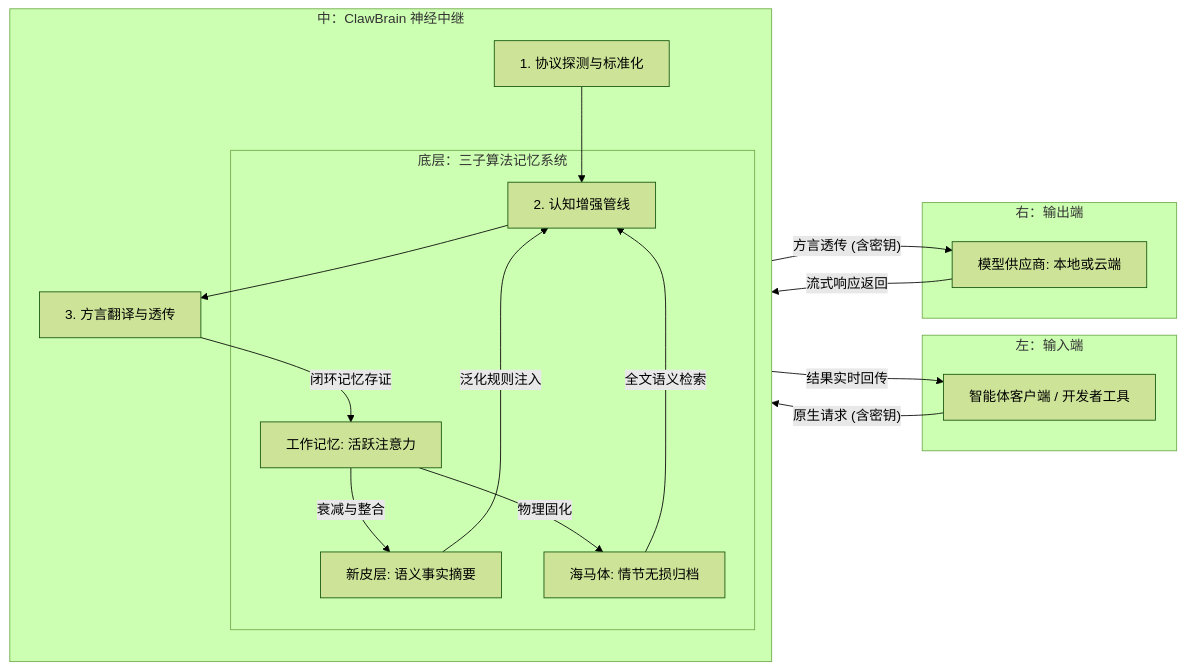
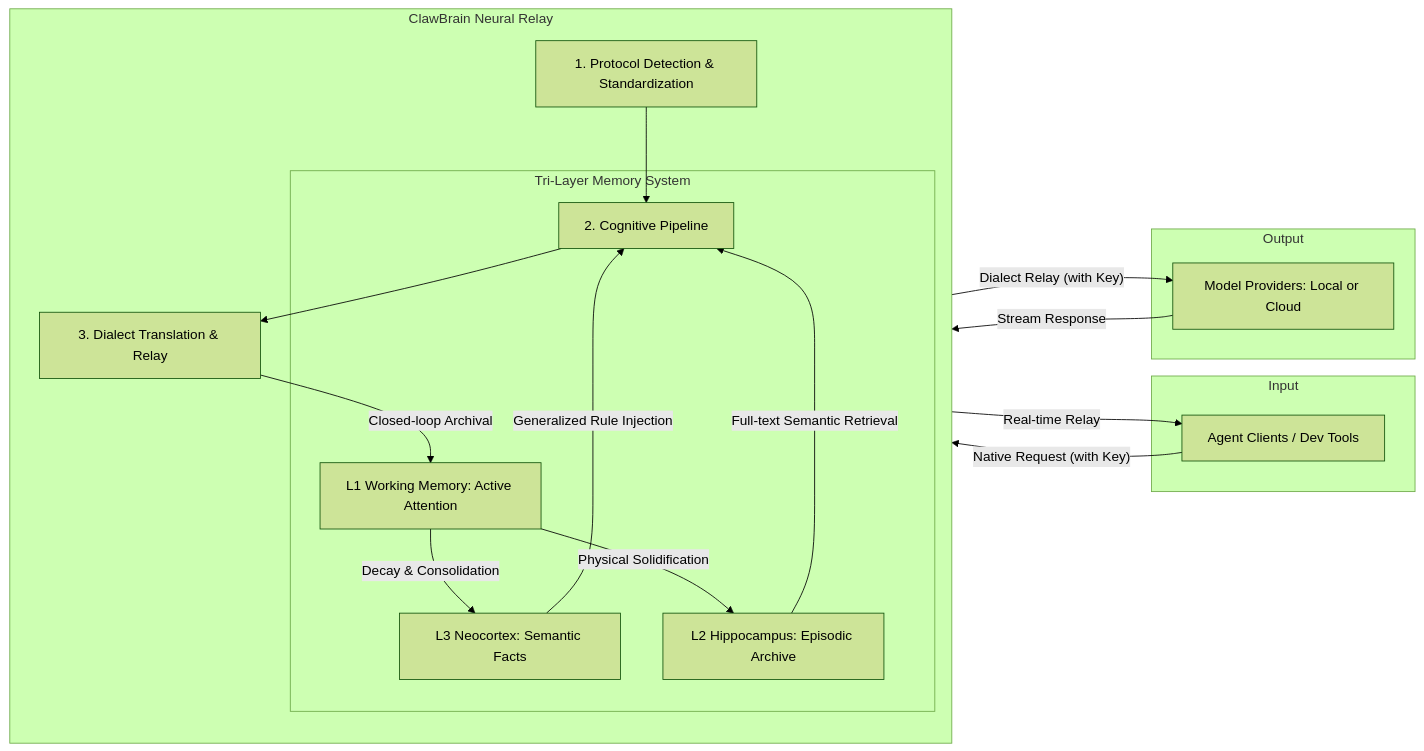
One commit to winnerineast/ClawBrain changed the diagram in README.md. Above: the diagram before and after it, drawn with Mermaid (forest theme). The commit also changed other lines of this file and 16 other files, not shown here.

````diff
--- a/README.md
+++ b/README.md
@@ -25,39 +36,37 @@
 ```mermaid
 graph LR
-    subgraph Client_Side [左：输入端]
-        OC[智能体客户端 / 开发者工具]
+    subgraph Client_Side [Input]
+        OC[Agent Clients / Dev Tools]
     end
 
-    subgraph Relay_Core [中：ClawBrain 神经中继]
+    subgraph Relay_Core [ClawBrain Neural Relay]
         direction TB
-        Ingress[1. 协议探测与标准化]
-        Process[2. 认知增强管线]
-        Egress[3. 方言翻译与透传]
-        
-        subgraph Neural_Engine [底层：三子算法记忆系统]
-            WM[工作记忆: 活跃注意力]
-            NC[新皮层: 语义事实摘要]
-            HP[海马体: 情节无损归档]
-            
-            %% 记忆内部流动
-            WM -- 衰减与整合 --> NC
-            WM -- 物理固化 --> HP
-            NC -- 泛化规则注入 --> Process
-            HP -- 全文语义检索 --> Process
+        Ingress[1. Protocol Detection & Standardization]
+        Process[2. Cognitive Pipeline]
+        Egress[3. Dialect Translation & Relay]
+
+        subgraph Neural_Engine [Tri-Layer Memory System]
+            WM[L1 Working Memory: Active Attention]
+            HP[L2 Hippocampus: Episodic Archive]
+            NC[L3 Neocortex: Semantic Facts]
+
+            WM -- Decay & Consolidation --> NC
+            WM -- Physical Solidification --> HP
+            NC -- Generalized Rule Injection --> Process
+            HP -- Full-text Semantic Retrieval --> Process
         end
-        
+
         Ingress --> Process
         Process --> Egress
     end
 
-    subgraph Provider_Side [右：输出端]
-        LLM[模型供应商: 本地或云端]
+    subgraph Provider_Side [Output]
+        LLM[Model Providers: Local or Cloud]
     end
 
-    %% 主流向
-    OC -- "原生请求 (含密钥)" --> Ingress
-    Egress -- "方言透传 (含密钥)" --> LLM
-    LLM -- "流式响应返回" --> Egress
-    Egress -- "闭环记忆存证" --> WM
-    Egress -- "结果实时回传" --> OC
+    OC -- "Native Request (with Key)" --> Ingress
+    Egress -- "Dialect Relay (with Key)" --> LLM
+    LLM -- "Stream Response" --> Egress
+    Egress -- "Closed-loop Archival" --> WM
+    Egress -- "Real-time Relay" --> OC
 ```
````
